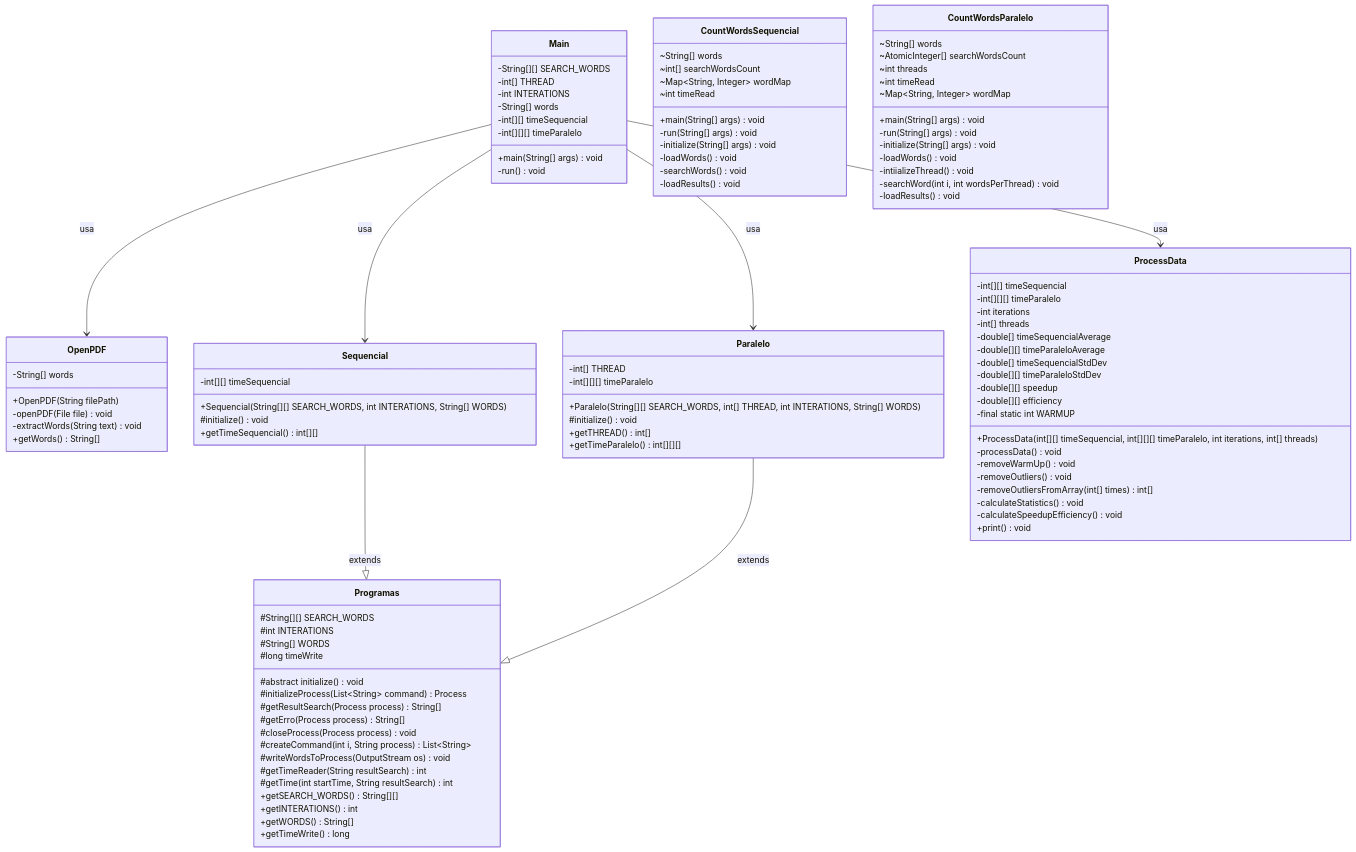
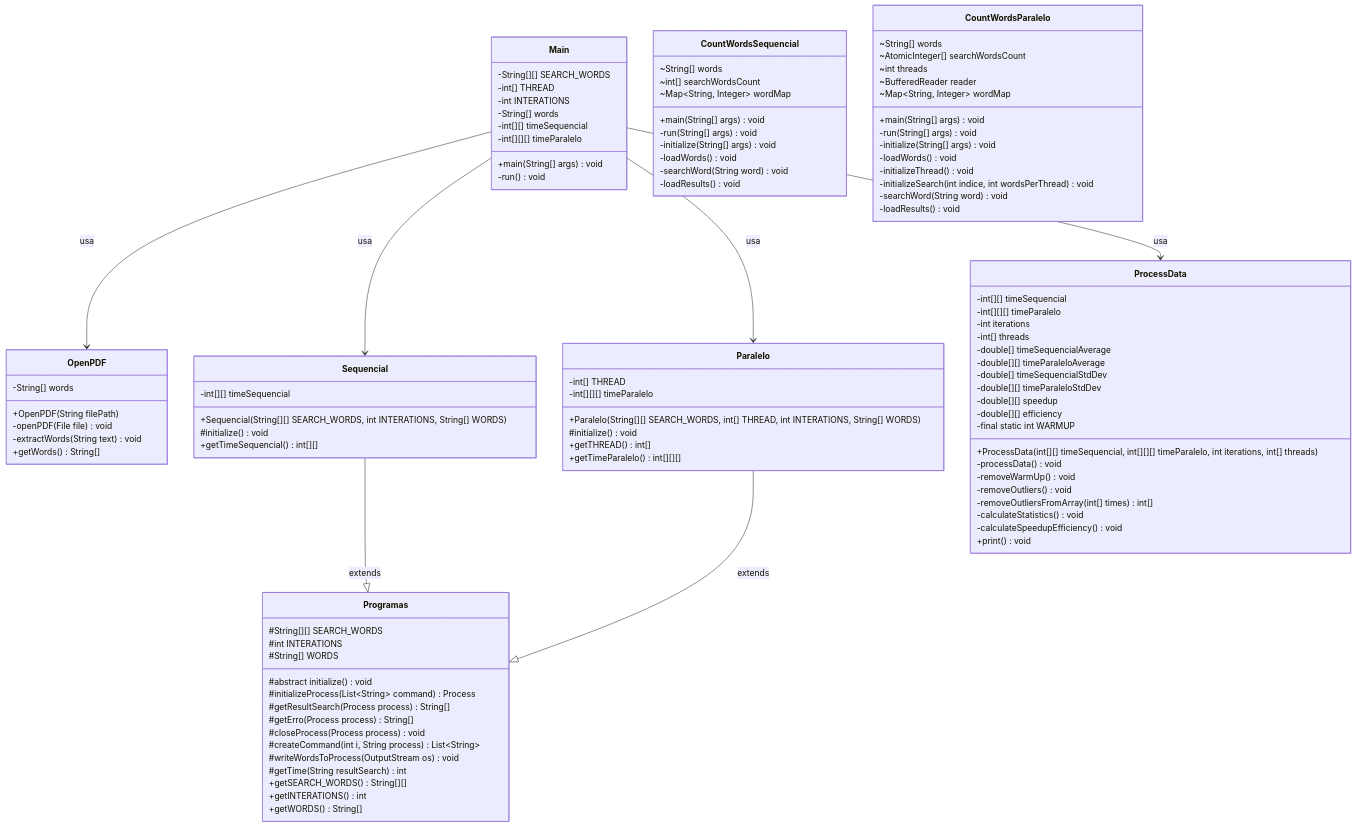
One commit to StephanyeCunto/Sistemas_Paralelos_Distribuidos changed the diagram in README.md. Above: the diagram before and after it, drawn with Mermaid. The commit also changed other lines of this file, not shown here.

```diff
--- a/README.md
+++ b/README.md
@@ -72,7 +73,6 @@
         #String[][] SEARCH_WORDS
         #int INTERATIONS
         #String[] WORDS
-        #long timeWrite
         #abstract initialize() void
         #initializeProcess(List~String~ command) Process
         #getResultSearch(Process process) String[]
@@ -80,12 +80,10 @@
         #closeProcess(Process process) void
         #createCommand(int i, String process) List~String~
         #writeWordsToProcess(OutputStream os) void
-        #getTimeReader(String resultSearch) int
-        #getTime(int startTime, String resultSearch) int
+        #getTime(String resultSearch) int
         +getSEARCH_WORDS() String[][]
         +getINTERATIONS() int
         +getWORDS() String[]
-        +getTimeWrite() long
     }
     
     class Sequencial {
@@ -130,12 +128,11 @@
         ~String[] words
         ~int[] searchWordsCount
         ~Map~String, Integer~ wordMap
-        ~int timeRead
         +main(String[] args) void
         -run(String[] args) void
         -initialize(String[] args) void
         -loadWords() void
-        -searchWords() void
+        -searchWord(String word) void
         -loadResults() void
     }
     
@@ -143,14 +140,15 @@
         ~String[] words
         ~AtomicInteger[] searchWordsCount
         ~int threads
-        ~int timeRead
+        ~BufferedReader reader
         ~Map~String, Integer~ wordMap
         +main(String[] args) void
         -run(String[] args) void
         -initialize(String[] args) void
         -loadWords() void
-        -intiializeThread() void
-        -searchWord(int i, int wordsPerThread) void
+        -initializeThread() void
+        -initializeSearch(int indice, int wordsPerThread) void
+        -searchWord(String word) void
         -loadResults() void
     }
     
```
